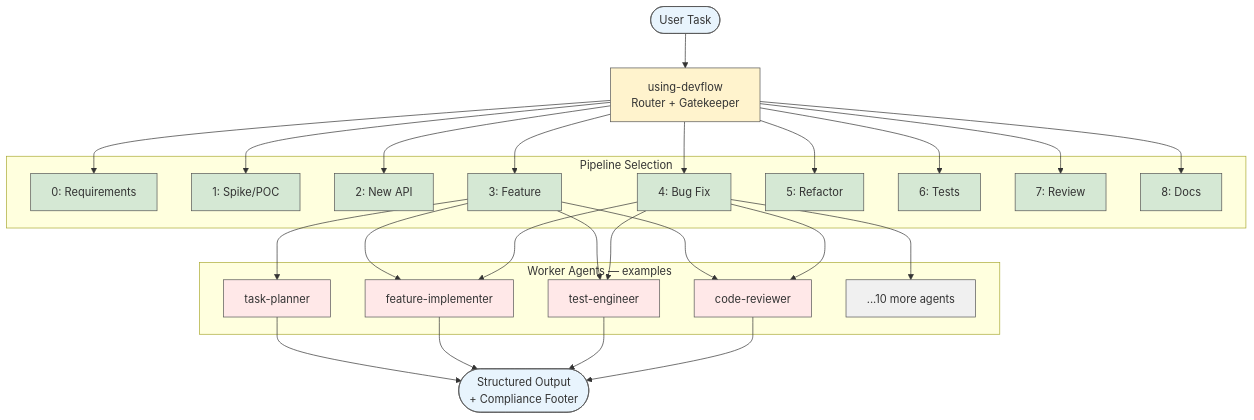
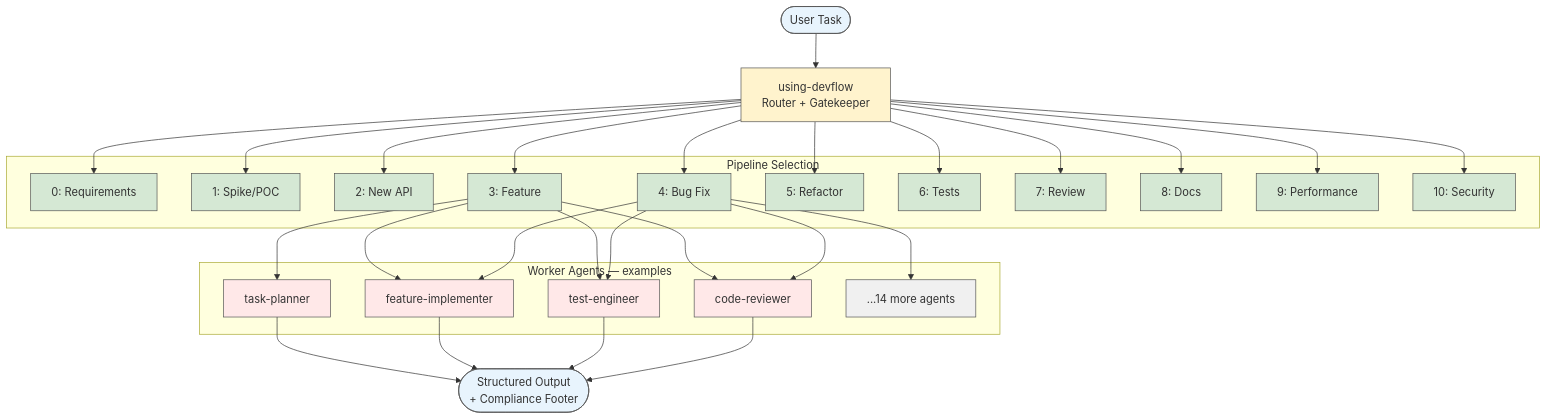
One commit to yuriyvsavchuk/devflow changed the first of 13 diagrams in USER-MANUAL.md. Above: the diagram before and after it, drawn with Mermaid. The commit also changed other lines of this file and 14 other files, not shown here.

````diff
--- a/USER-MANUAL.md
+++ b/USER-MANUAL.md
@@ -168,39 +175,41 @@
 ```mermaid
 graph TD
     classDef startEnd fill:#E8F4FD,stroke:#555
     classDef router fill:#FFF3CD,stroke:#555
     classDef pipeline fill:#D5E8D4,stroke:#555
     classDef worker fill:#FFE8E8,stroke:#555
     classDef other fill:#F0F0F0,stroke:#555
 
     task([User Task]):::startEnd
     router[using-devflow<br/>Router + Gatekeeper]:::router
 
     subgraph Pipelines[Pipeline Selection]
         p0[0: Requirements]:::pipeline
         p1[1: Spike/POC]:::pipeline
         p2[2: New API]:::pipeline
         p3[3: Feature]:::pipeline
         p4[4: Bug Fix]:::pipeline
         p5[5: Refactor]:::pipeline
         p6[6: Tests]:::pipeline
         p7[7: Review]:::pipeline
         p8[8: Docs]:::pipeline
+        p9[9: Performance]:::pipeline
+        p10[10: Security]:::pipeline
     end
 
     subgraph Workers[Worker Agents — examples]
         w1[task-planner]:::worker
         w2[feature-implementer]:::worker
         w3[test-engineer]:::worker
         w4[code-reviewer]:::worker
-        w5[...10 more agents]:::other
+        w5[...14 more agents]:::other
     end
 
     output([Structured Output<br/>+ Compliance Footer]):::startEnd
 
     task --> router
-    router --> p0 & p1 & p2 & p3 & p4 & p5 & p6 & p7 & p8
+    router --> p0 & p1 & p2 & p3 & p4 & p5 & p6 & p7 & p8 & p9 & p10
     p3 --> w1 & w2 & w3 & w4
     p4 --> w3 & w2 & w4 & w5
     w1 & w2 & w3 & w4 --> output
 ```
````
